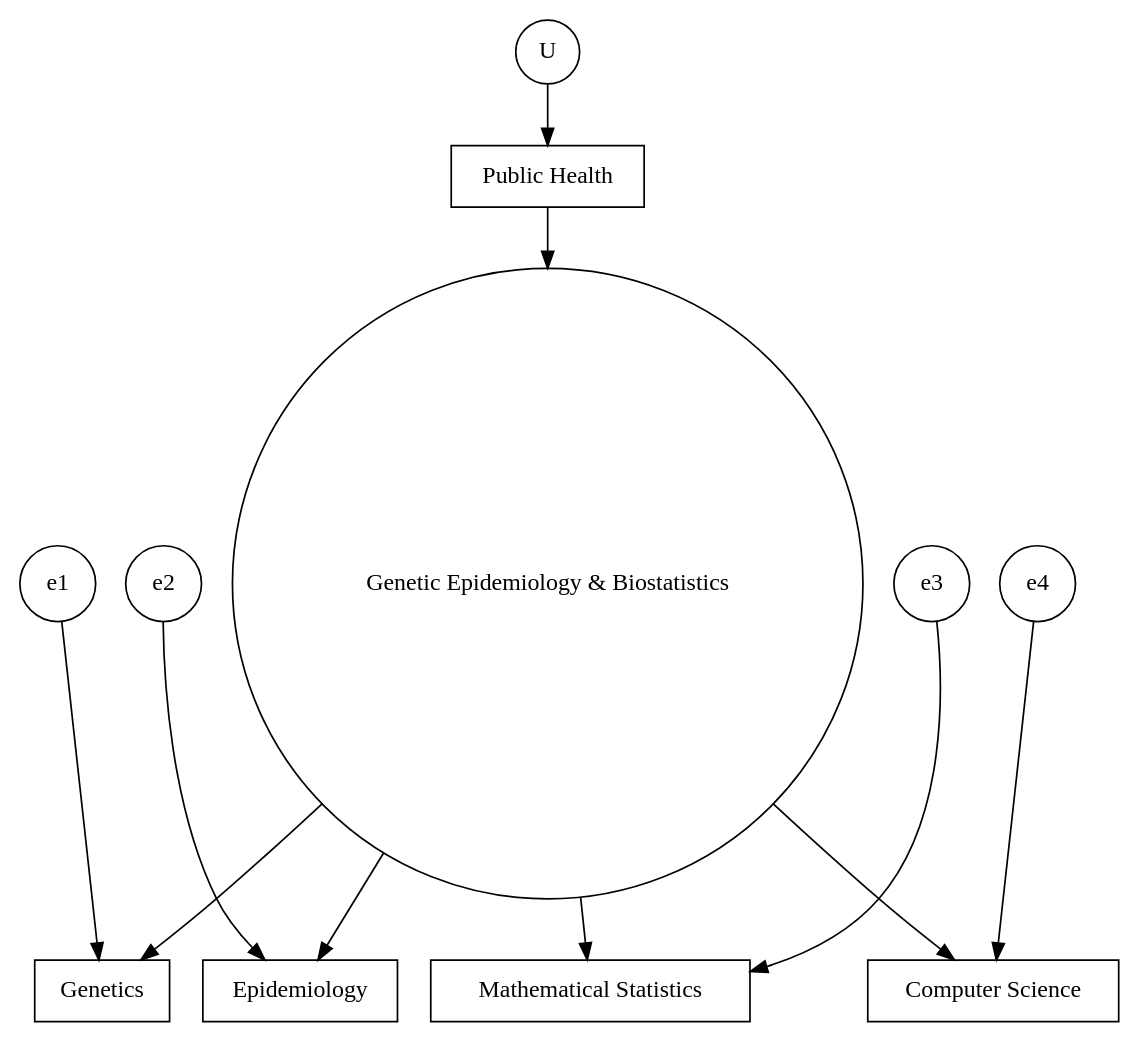
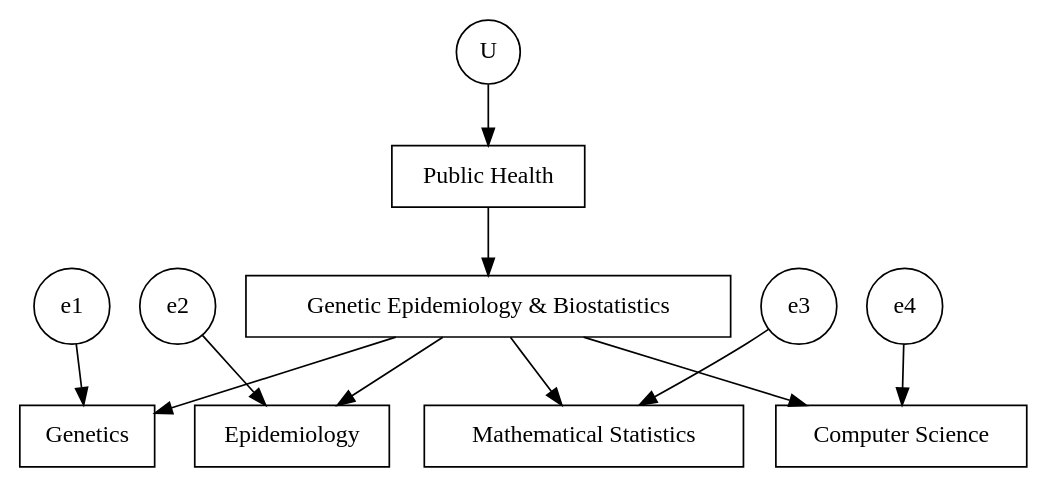
Before and after one commit to jinghuazhao/jinghuazhao.github.io: the diagram in docs/grViz.gv, drawn with Graphviz. The commit also changed 1 other file, not shown here.

```diff
--- a/docs/grViz.gv
+++ b/docs/grViz.gv
@@ -1,25 +1,25 @@
 digraph G {
 graph [overlap=true]
 
 node [shape=circle]
-U
-B [label="Genetic Epidemiology & Biostatistics"]; e1; e2; e3; e4
+U; e1; e2; e3; e4
  
 node [shape=box]
 A [label="Public Health"]
+B [label="Genetic Epidemiology & Biostatistics"]
 F1 [label="Genetics"]
 F2 [label="Epidemiology"]
 F3 [label="Mathematical Statistics"]
 F4 [label="Computer Science"]
 
 U -> A
 A -> B
 e1 -> F1
 e2 -> F2
 e3 -> F3
 e4 -> F4
 B -> F1
 B -> F2
 B -> F3
 B -> F4
 }
```
